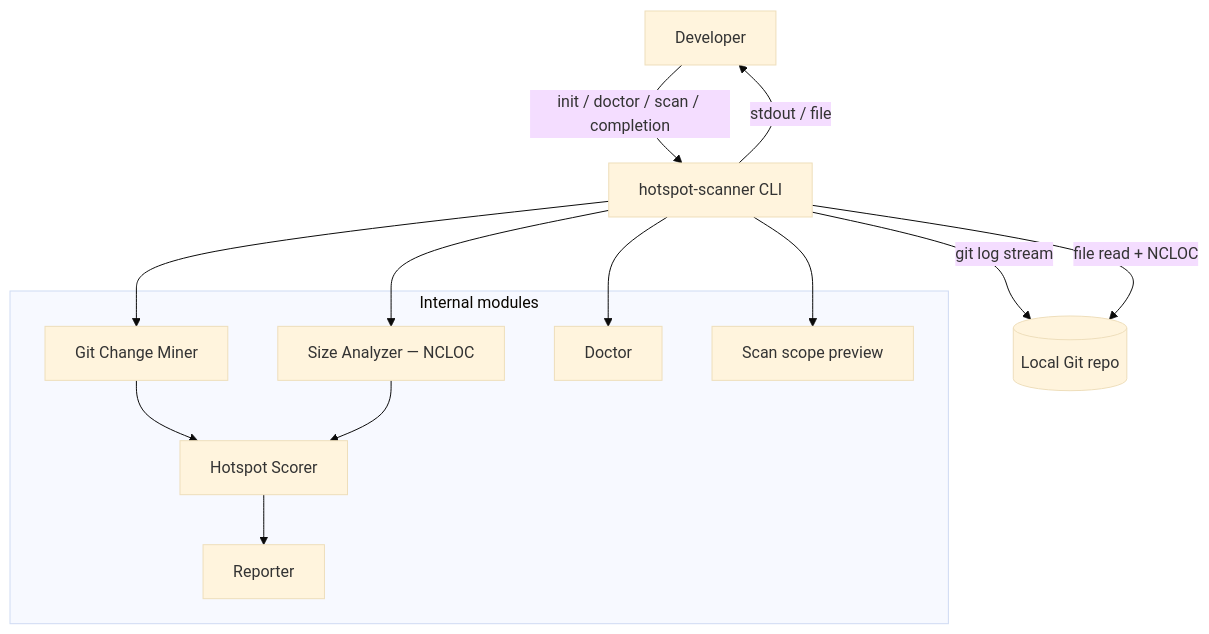
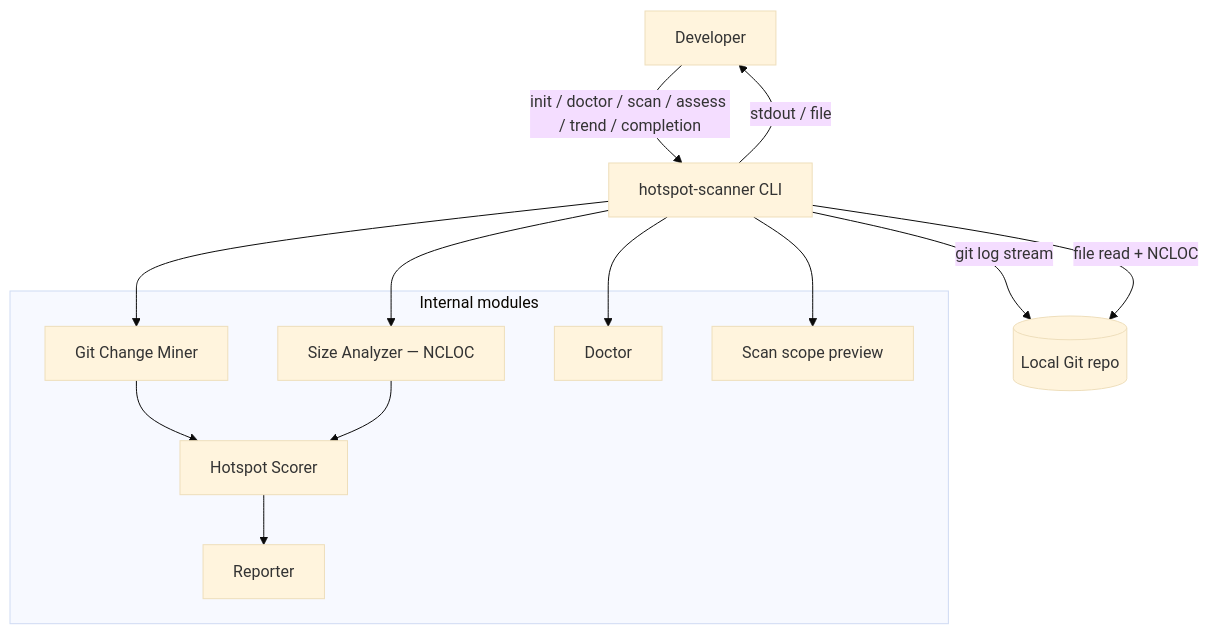
Before and after one commit to AlanTaranti/hotspot-scanner: the first of 2 diagrams in .specs/codebase/ARCHITECTURE.md, drawn with Mermaid (base theme). The commit also changed other lines of this file and 37 other files, not shown here.

````diff
--- a/.specs/codebase/ARCHITECTURE.md
+++ b/.specs/codebase/ARCHITECTURE.md
@@ -5,28 +5,28 @@
 ```mermaid
 flowchart TB
   Dev[Developer]
   CLI[hotspot-scanner CLI]
   Repo[(Local Git repo)]
 
-  Dev -->|"init / doctor / scan / completion"| CLI
+  Dev -->|"init / doctor / scan / assess / trend / completion"| CLI
   CLI -->|"git log stream"| Repo
   CLI -->|"file read + NCLOC"| Repo
   CLI -->|"stdout / file"| Dev
 
   subgraph internal [Internal modules]
     GitMiner[Git Change Miner]
     Size[Size Analyzer — NCLOC]
     Hotspot[Hotspot Scorer]
     Reporter[Reporter]
     Doctor[Doctor]
     ScanPreview[Scan scope preview]
   end
 
   CLI --> Doctor
   CLI --> ScanPreview
   CLI --> GitMiner
   CLI --> Size
   GitMiner --> Hotspot
   Size --> Hotspot
   Hotspot --> Reporter
 ```
````
